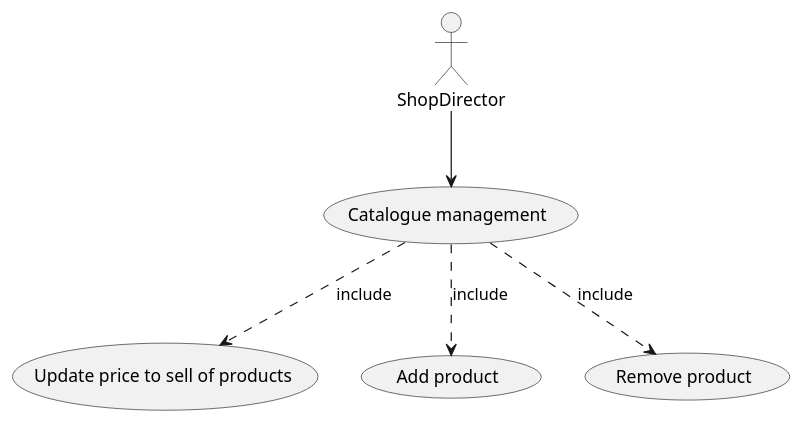
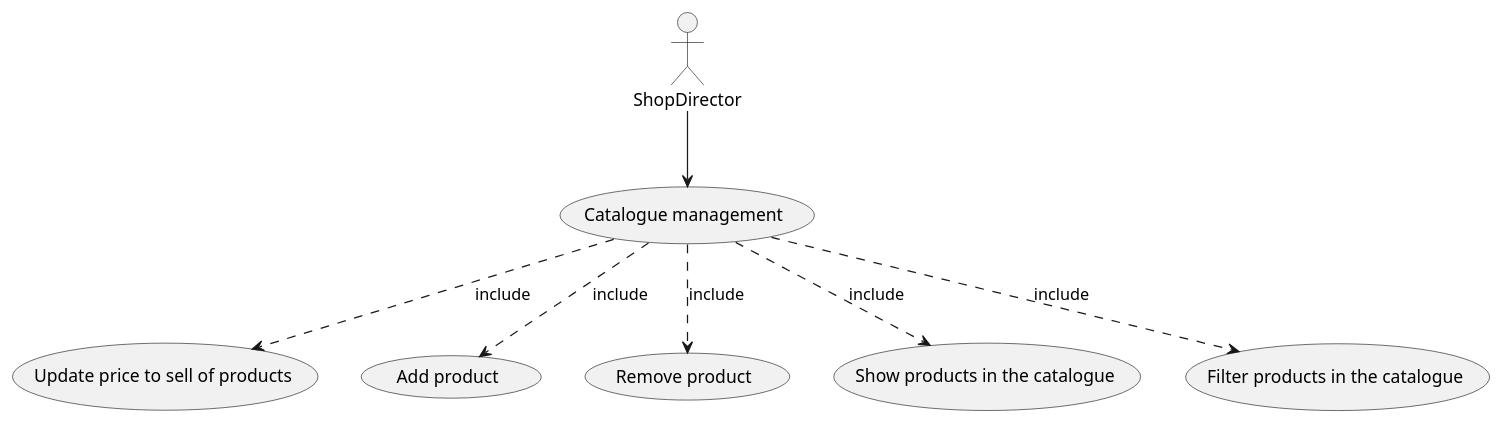
Before and after one commit to Stormz4/group20-EzShop: the fifth of 11 diagrams in Deliverables/RequirementsDocument.md, drawn with PlantUML. The commit also changed other lines of this file, not shown here.

Commit message:
Doc: Modified customer management & catalogue management, updated use case diagrams

````diff
--- a/Deliverables/RequirementsDocument.md
+++ b/Deliverables/RequirementsDocument.md
@@ -322,10 +322,12 @@
 ```plantuml
 @startuml
 
 :ShopDirector: --> (Catalogue management)
 (Catalogue management) ..> (Update price to sell of products) : include
 (Catalogue management) ..> (Add product) : include
 (Catalogue management) ..> (Remove product) : include
+(Catalogue management) ..> (Show products in the catalogue) : include
+(Catalogue management) ..> (Filter products in the catalogue) : include
 
 @enduml
 ```
````
